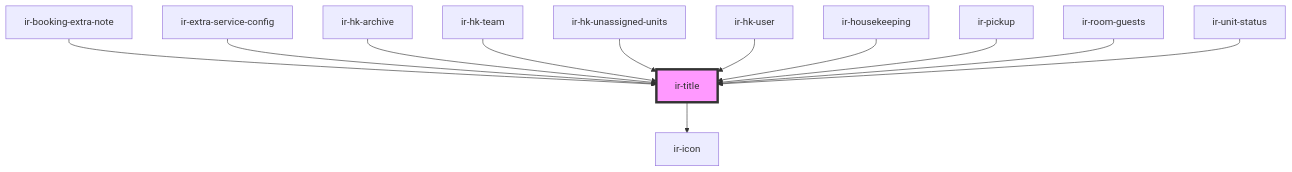
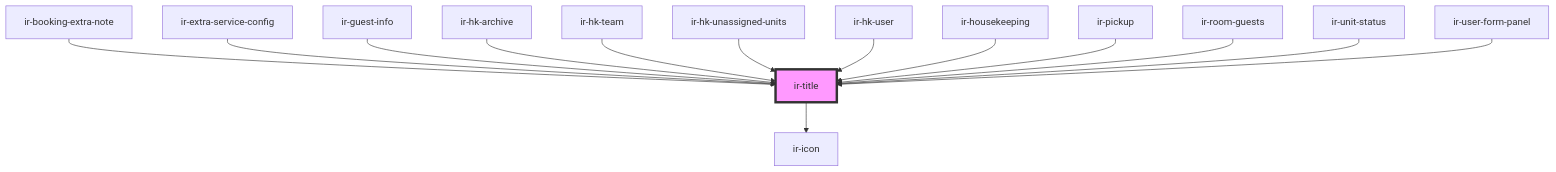
The diagram in src/components/ir-title/readme.md (David1Chowaifaty/modified-ir-webcmp), drawn with Mermaid before and after one commit. The commit also changed other lines of this file and 46 other files, not shown here.

````diff
--- a/src/components/ir-title/readme.md
+++ b/src/components/ir-title/readme.md
@@ -45,15 +47,17 @@
 ```mermaid
 graph TD;
   ir-title --> ir-icon
   ir-booking-extra-note --> ir-title
   ir-extra-service-config --> ir-title
+  ir-guest-info --> ir-title
   ir-hk-archive --> ir-title
   ir-hk-team --> ir-title
   ir-hk-unassigned-units --> ir-title
   ir-hk-user --> ir-title
   ir-housekeeping --> ir-title
   ir-pickup --> ir-title
   ir-room-guests --> ir-title
   ir-unit-status --> ir-title
+  ir-user-form-panel --> ir-title
   style ir-title fill:#f9f,stroke:#333,stroke-width:4px
 ```
````
